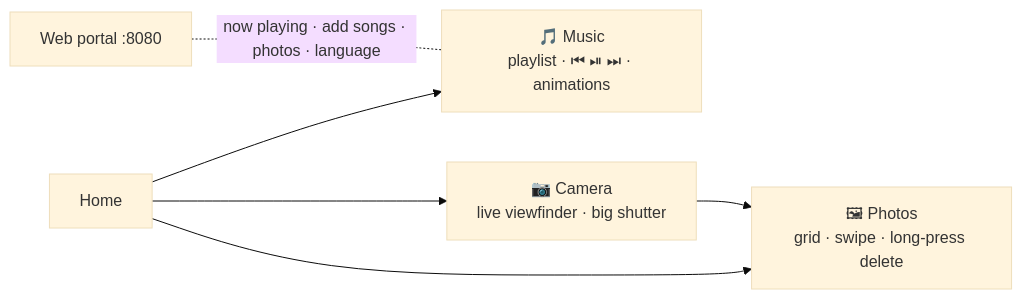
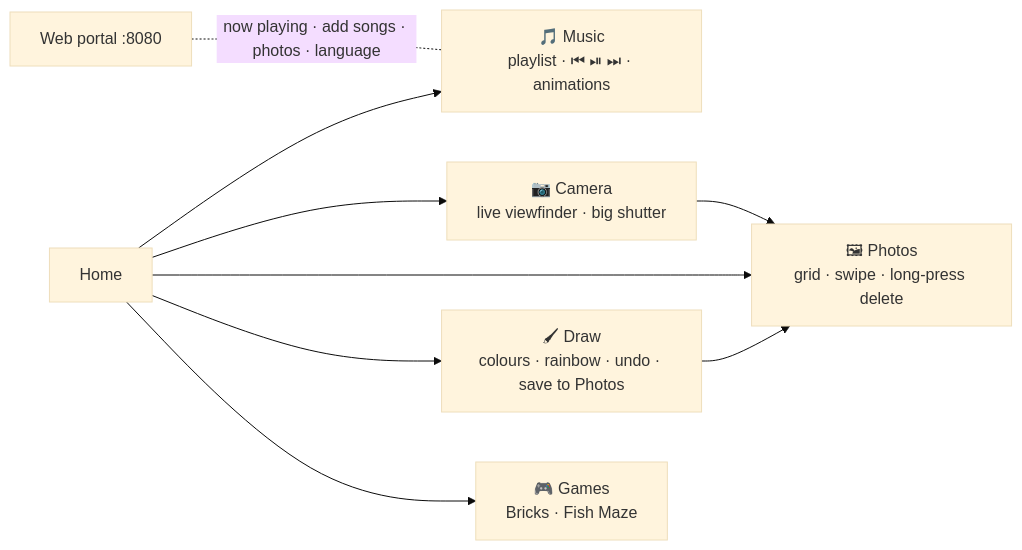
The diagram in README.md (fgomecs/tiagos-music-box-v2), drawn with Mermaid (base theme) before and after one commit. The commit also changed other lines of this file, not shown here.

````diff
--- a/README.md
+++ b/README.md
@@ -5,8 +5,11 @@
 ```mermaid
 flowchart LR
     HOME[Home] --> MUSIC[🎵 Music<br/>playlist · ⏮ ⏯ ⏭ · animations]
     HOME --> CAM[📷 Camera<br/>live viewfinder · big shutter]
     HOME --> PH[🖼 Photos<br/>grid · swipe · long-press delete]
     CAM --> PH
+    HOME --> DRAW[🖌 Draw<br/>colours · rainbow · undo · save to Photos]
+    HOME --> GAMES[🎮 Games<br/>Bricks · Fish Maze]
+    DRAW --> PH
     PORTAL[Web portal :8080] -. now playing · add songs · photos · language .- MUSIC
 ```
````
